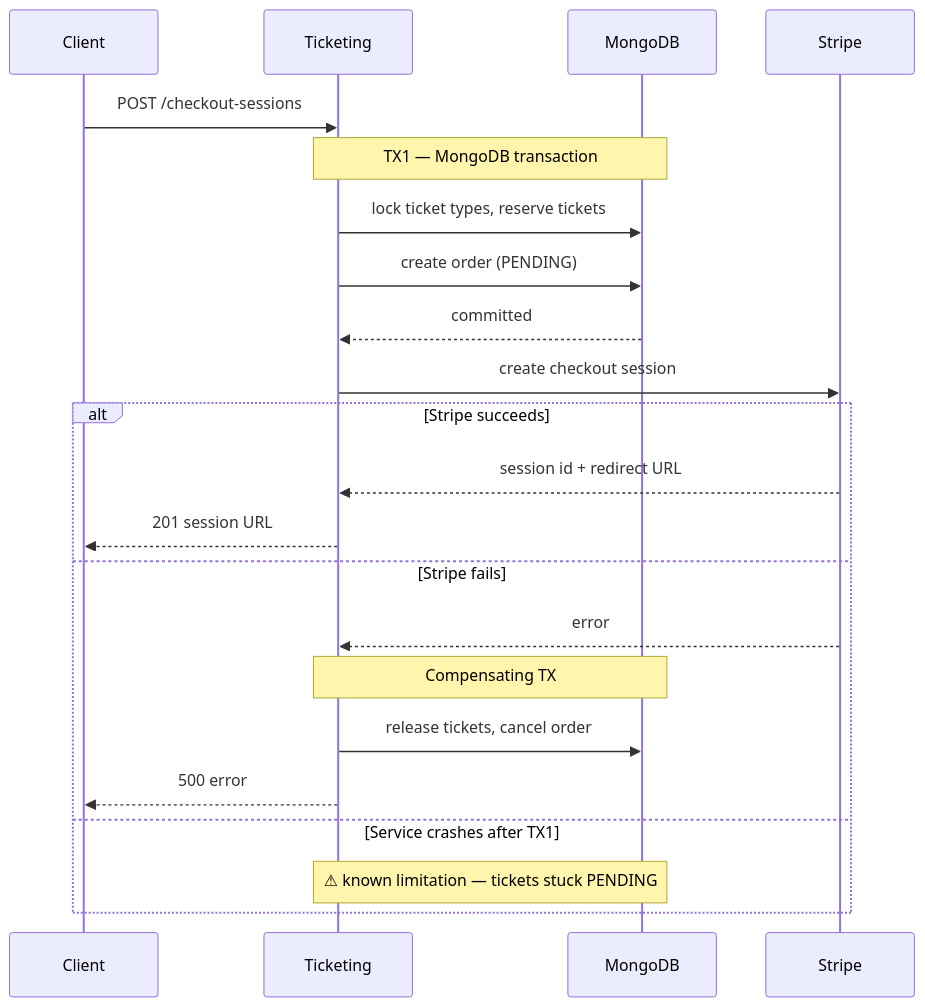
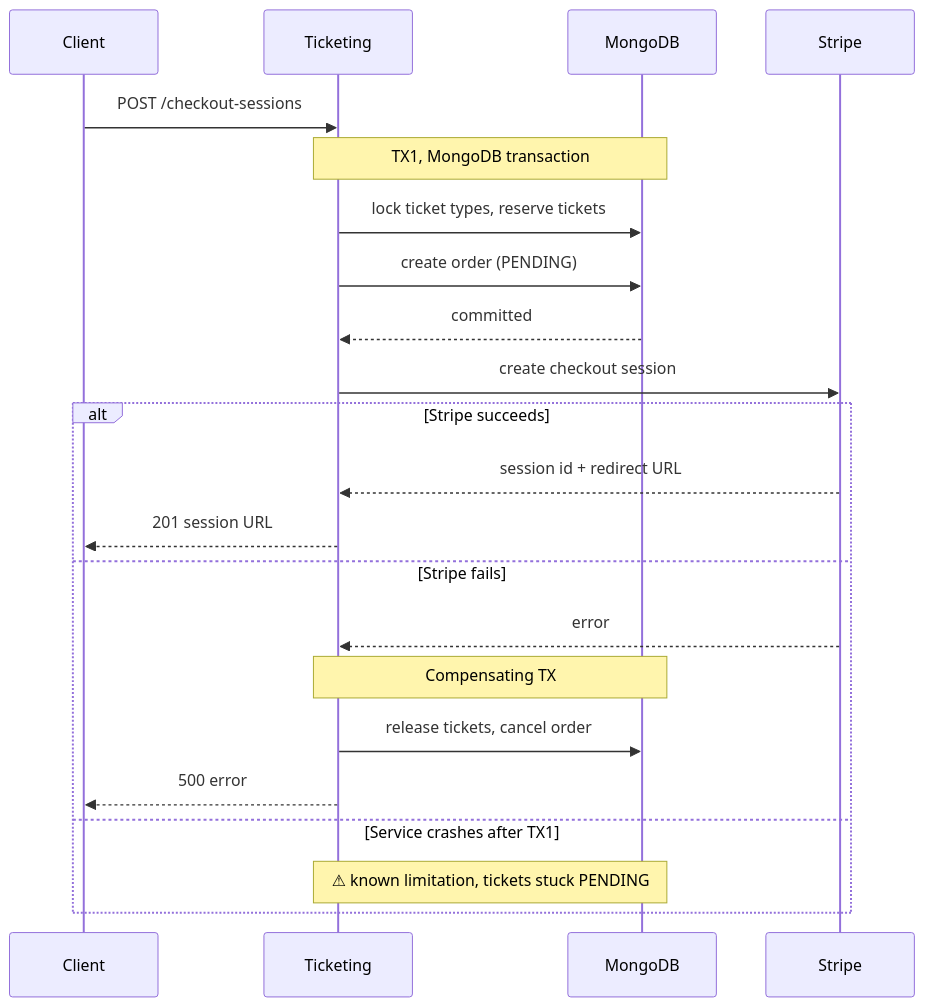
One commit to EvenToNight/EvenToNight changed the diagram in docs/report/DS/markdown/implementation.md. Above: the diagram before and after it, drawn with Mermaid. The commit also changed other lines of this file and 7 other files, not shown here.

````diff
--- a/docs/report/DS/markdown/implementation.md
+++ b/docs/report/DS/markdown/implementation.md
@@ -68,28 +68,28 @@
 ```mermaid
 sequenceDiagram
     participant Client
     participant Ticketing
     participant MongoDB
     participant Stripe
 
     Client->>Ticketing: POST /checkout-sessions
 
-    note over Ticketing,MongoDB: TX1 — MongoDB transaction
+    note over Ticketing,MongoDB: TX1, MongoDB transaction
     Ticketing->>MongoDB: lock ticket types, reserve tickets
     Ticketing->>MongoDB: create order (PENDING)
     MongoDB-->>Ticketing: committed
 
     Ticketing->>Stripe: create checkout session
 
     alt Stripe succeeds
         Stripe-->>Ticketing: session id + redirect URL
         Ticketing-->>Client: 201 session URL
     else Stripe fails
         Stripe-->>Ticketing: error
         note over Ticketing,MongoDB: Compensating TX
         Ticketing->>MongoDB: release tickets, cancel order
         Ticketing-->>Client: 500 error
     else Service crashes after TX1
-        note over Ticketing,MongoDB: ⚠ known limitation — tickets stuck PENDING
+        note over Ticketing,MongoDB: ⚠ known limitation, tickets stuck PENDING
     end
 ```
````
